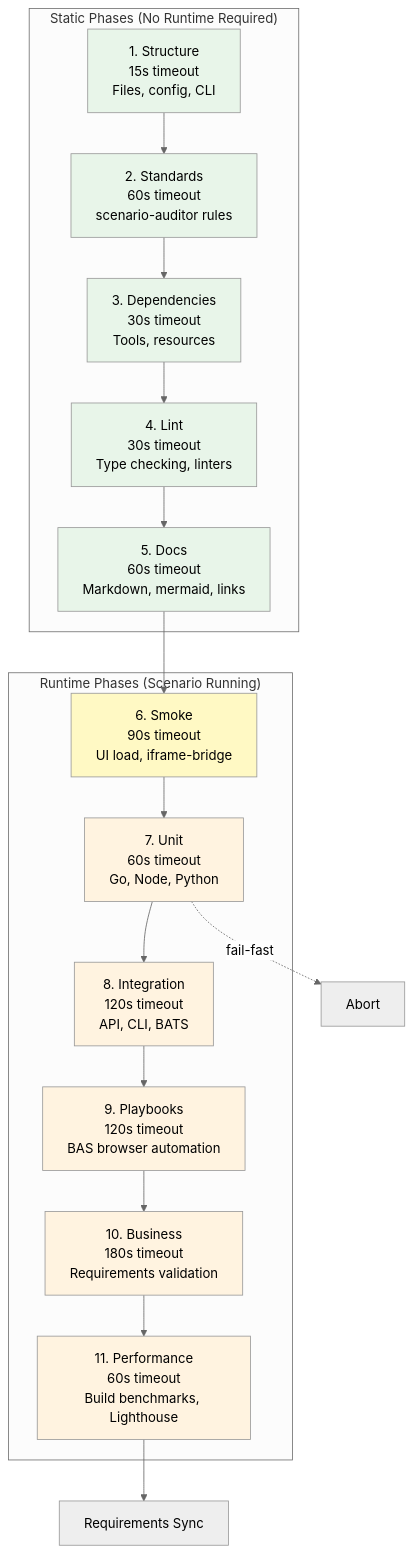
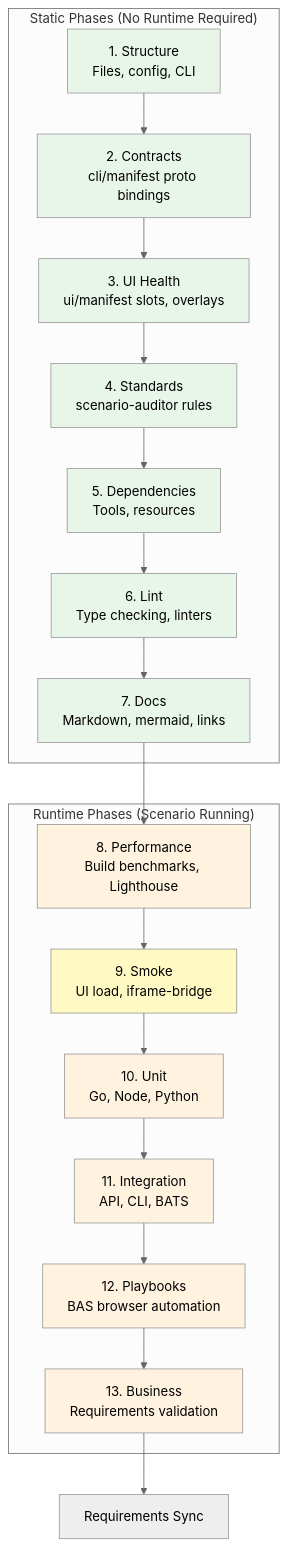
Before and after one commit to Vrooli/Vrooli: the diagram in scenarios/test-genie/docs/phases/README.md, drawn with Mermaid (neutral theme). The commit also changed other lines of this file and 21 other files, not shown here.

````diff
--- a/scenarios/test-genie/docs/phases/README.md
+++ b/scenarios/test-genie/docs/phases/README.md
@@ -7,36 +9,39 @@
 ```mermaid
 graph TB
     subgraph "Static Phases (No Runtime Required)"
-        P1[1. Structure<br/>15s timeout<br/>Files, config, CLI]
-        P2[2. Standards<br/>60s timeout<br/>scenario-auditor rules]
-        P3[3. Dependencies<br/>30s timeout<br/>Tools, resources]
-        P4[4. Lint<br/>30s timeout<br/>Type checking, linters]
-        P5[5. Docs<br/>60s timeout<br/>Markdown, mermaid, links]
+        P1[1. Structure<br/>Files, config, CLI]
+        P2[2. Contracts<br/>cli/manifest proto bindings]
+        P3[3. UI Health<br/>ui/manifest slots, overlays]
+        P4[4. Standards<br/>scenario-auditor rules]
+        P5[5. Dependencies<br/>Tools, resources]
+        P6[6. Lint<br/>Type checking, linters]
+        P7[7. Docs<br/>Markdown, mermaid, links]
     end
 
     subgraph "Runtime Phases (Scenario Running)"
-        P6[6. Smoke<br/>90s timeout<br/>UI load, iframe-bridge]
-        P7[7. Unit<br/>60s timeout<br/>Go, Node, Python]
-        P8[8. Integration<br/>120s timeout<br/>API, CLI, BATS]
-        P9[9. Playbooks<br/>120s timeout<br/>BAS browser automation]
-        P10[10. Business<br/>180s timeout<br/>Requirements validation]
-        P11[11. Performance<br/>60s timeout<br/>Build benchmarks, Lighthouse]
+        P8[8. Performance<br/>Build benchmarks, Lighthouse]
+        P9[9. Smoke<br/>UI load, iframe-bridge]
+        P10[10. Unit<br/>Go, Node, Python]
+        P11[11. Integration<br/>API, CLI, BATS]
+        P12[12. Playbooks<br/>BAS browser automation]
+        P13[13. Business<br/>Requirements validation]
     end
 
-    P1 --> P2 --> P3 --> P4 --> P5 --> P6 --> P7 --> P8 --> P9 --> P10 --> P11
+    P1 --> P2 --> P3 --> P4 --> P5 --> P6 --> P7 --> P8 --> P9 --> P10 --> P11 --> P12 --> P13
 
-    P7 -.->|fail-fast| ABORT[Abort]
-    P11 --> SYNC[Requirements Sync]
+    P13 --> SYNC[Requirements Sync]
 
     style P1 fill:#e8f5e9
     style P2 fill:#e8f5e9
     style P3 fill:#e8f5e9
     style P4 fill:#e8f5e9
     style P5 fill:#e8f5e9
-    style P6 fill:#fff9c4
-    style P7 fill:#fff3e0
+    style P6 fill:#e8f5e9
+    style P7 fill:#e8f5e9
     style P8 fill:#fff3e0
-    style P9 fill:#fff3e0
+    style P9 fill:#fff9c4
     style P10 fill:#fff3e0
     style P11 fill:#fff3e0
+    style P12 fill:#fff3e0
+    style P13 fill:#fff3e0
 ```
````
